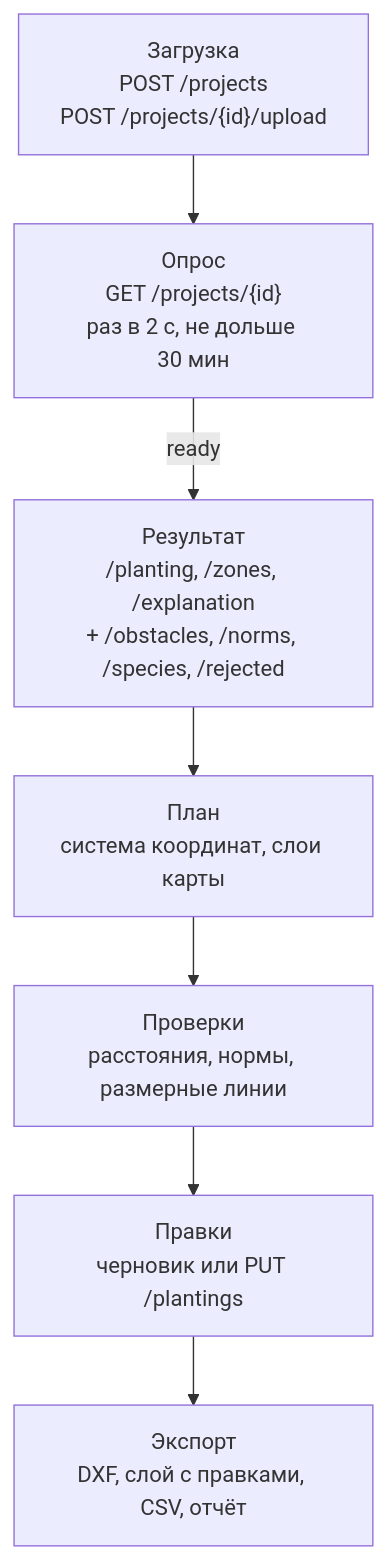
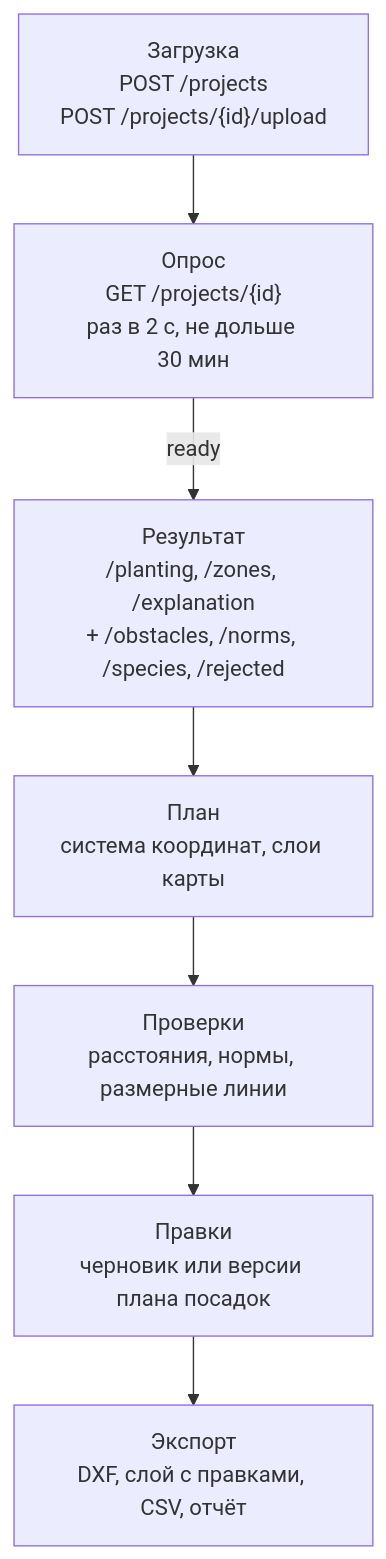
The second of 3 diagrams in docs/architecture.md (greenleadersteam/frontend), drawn with Mermaid before and after one commit. The commit also changed other lines of this file and 57 other files, not shown here.

First line of the commit message:
feat(project): добавлены версии плана посадок и нормы бэкенда 2ff5bf8

````diff
--- a/docs/architecture.md
+++ b/docs/architecture.md
@@ -52,9 +51,9 @@
 ```mermaid
 flowchart TB
   A["Загрузка<br/>POST /projects<br/>POST /projects/{id}/upload"] --> B["Опрос<br/>GET /projects/{id}<br/>раз в 2 с, не дольше 30 мин"]
   B -->|ready| C["Результат<br/>/planting, /zones, /explanation<br/>+ /obstacles, /norms, /species, /rejected"]
   C --> D["План<br/>система координат, слои карты"]
   D --> E["Проверки<br/>расстояния, нормы, размерные линии"]
-  E --> F["Правки<br/>черновик или PUT /plantings"]
+  E --> F["Правки<br/>черновик или версии плана посадок"]
   F --> G["Экспорт<br/>DXF, слой с правками, CSV, отчёт"]
 ```
````
